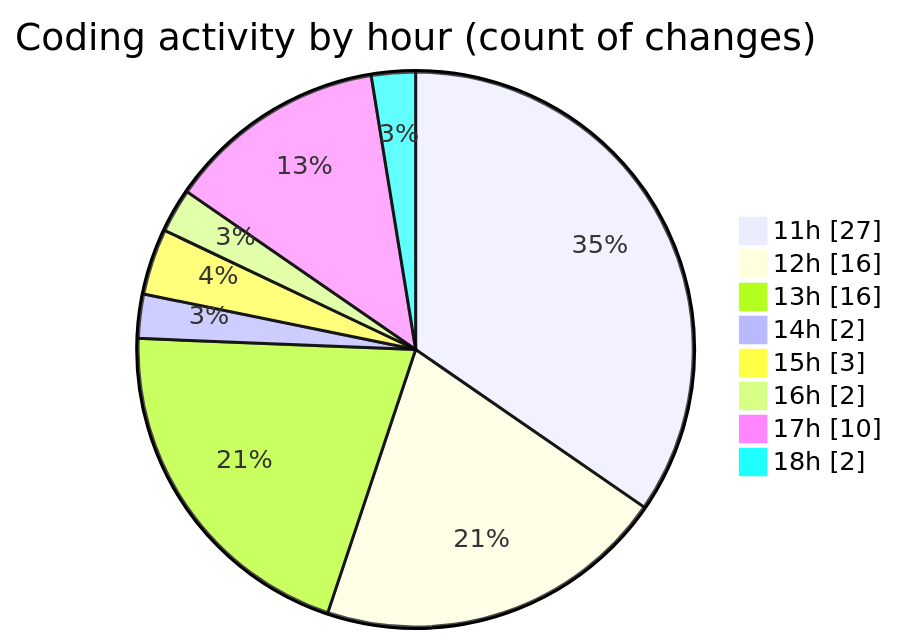
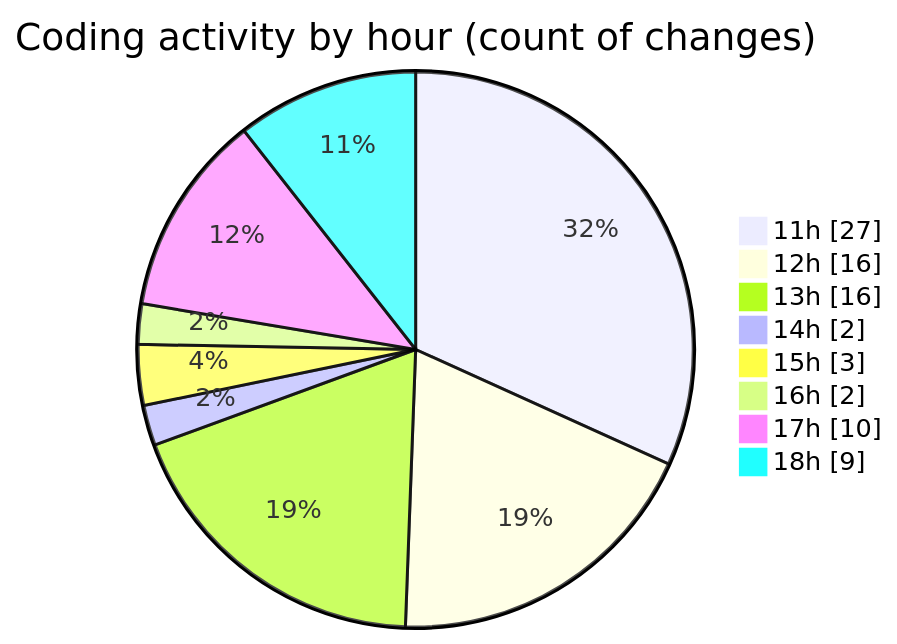
Before and after one commit to MatusMokan/code-tracking: the second of 2 diagrams in 2025-04-18/myws__workspace_/README.md, drawn with Mermaid. The commit also changed other lines of this file and 1 other file, not shown here.

````diff
--- a/2025-04-18/myws__workspace_/README.md
+++ b/2025-04-18/myws__workspace_/README.md
@@ -31,12 +31,12 @@
 ```mermaid
 pie showData
 title Coding activity by hour (count of changes)
 "11h" : 27
 "12h" : 16
 "13h" : 16
 "14h" : 2
 "15h" : 3
 "16h" : 2
 "17h" : 10
-"18h" : 2
+"18h" : 9
 ```
````
